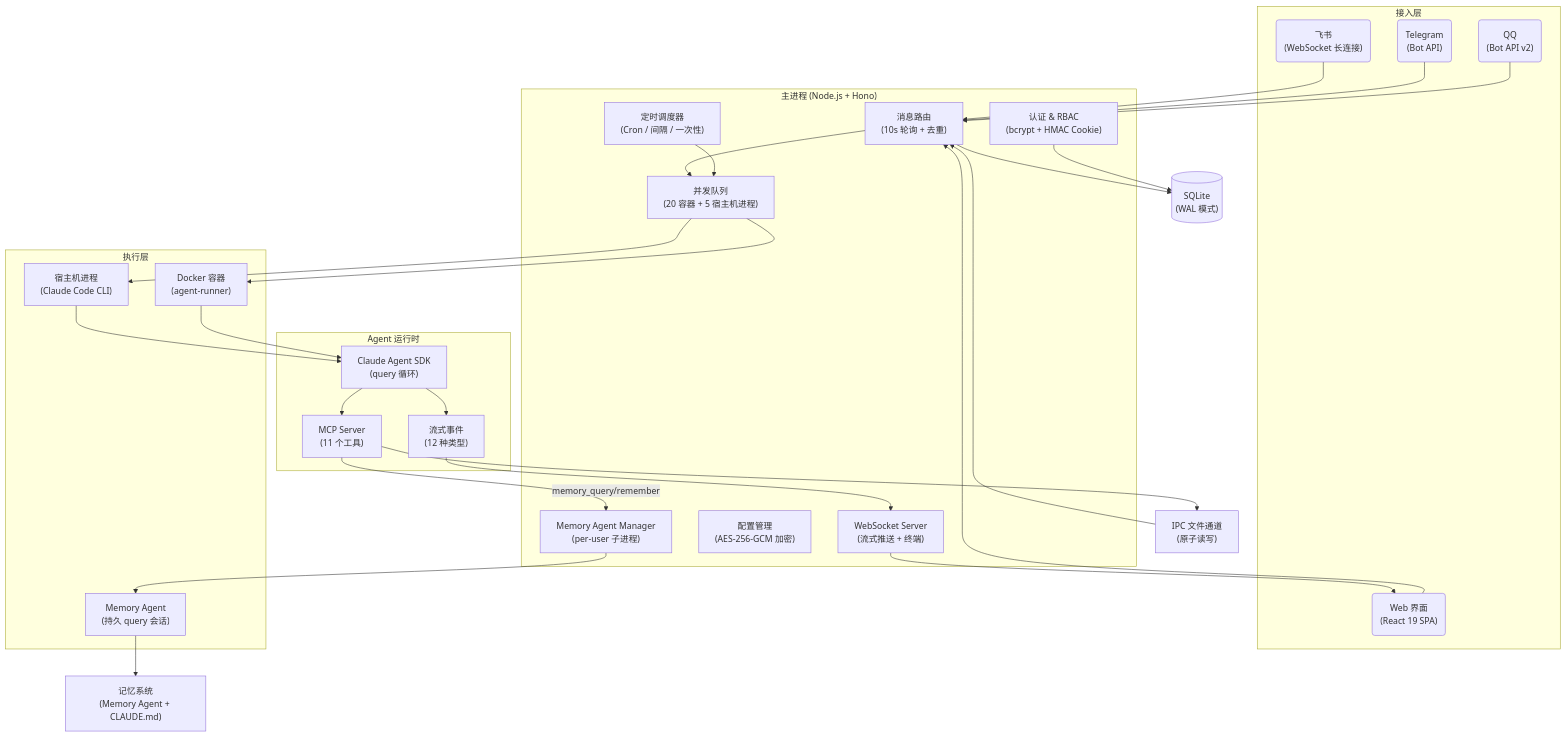
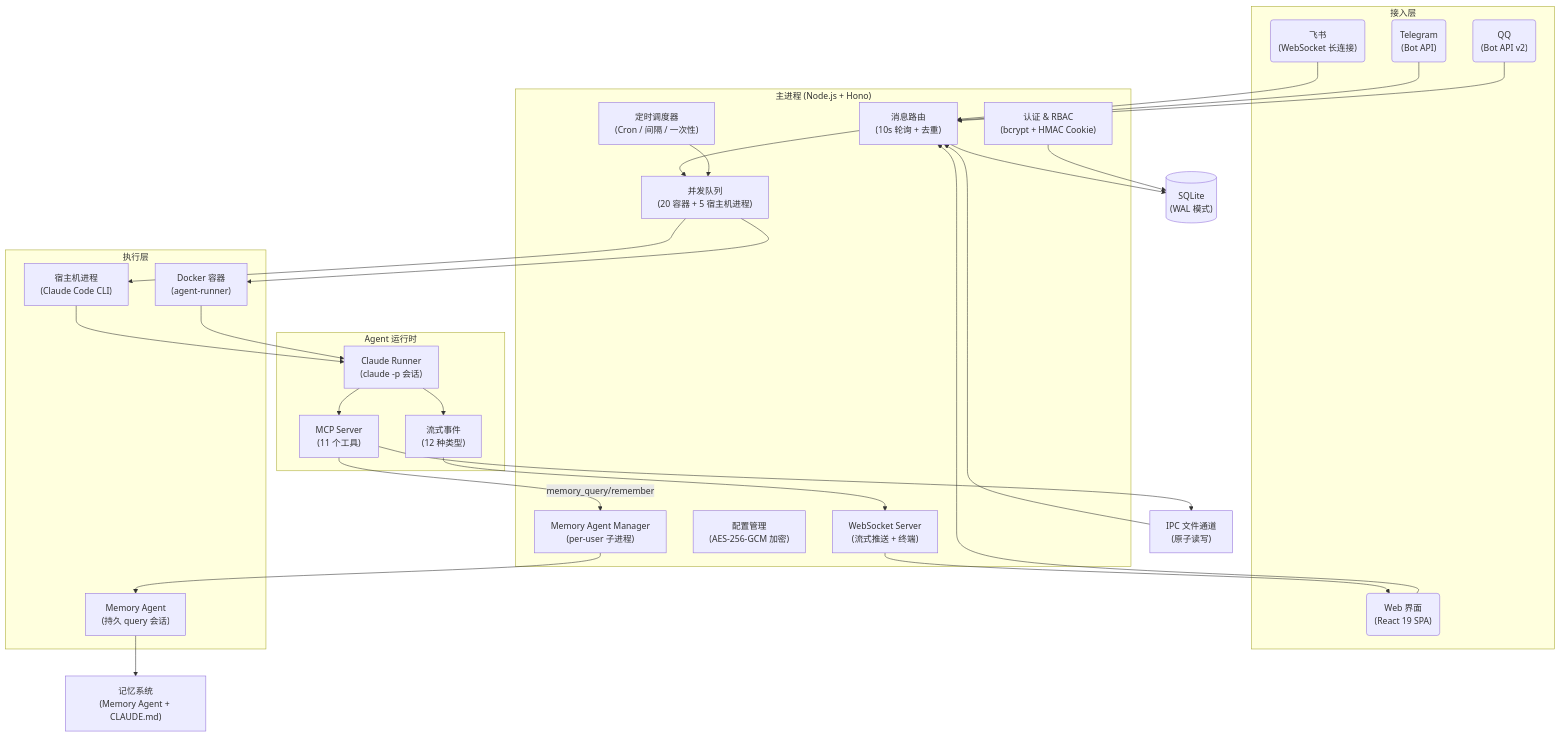
Before and after one commit to ar8327/happyclaw: the diagram in README.md, drawn with Mermaid. The commit also changed other lines of this file and 7 other files, not shown here.

````diff
--- a/README.md
+++ b/README.md
@@ -333,71 +333,71 @@
 ```mermaid
 flowchart TD
     subgraph 接入层
         Feishu("飞书<br/>(WebSocket 长连接)")
         Telegram("Telegram<br/>(Bot API)")
         QQ("QQ<br/>(Bot API v2)")
         Web("Web 界面<br/>(React 19 SPA)")
     end
 
     subgraph 主进程["主进程 (Node.js + Hono)"]
         Router["消息路由<br/>(10s 轮询 + 去重)"]
         Queue["并发队列<br/>(20 容器 + 5 宿主机进程)"]
         Scheduler["定时调度器<br/>(Cron / 间隔 / 一次性)"]
         WS["WebSocket Server<br/>(流式推送 + 终端)"]
         Auth["认证 & RBAC<br/>(bcrypt + HMAC Cookie)"]
         Config["配置管理<br/>(AES-256-GCM 加密)"]
         MemMgr["Memory Agent Manager<br/>(per-user 子进程)"]
     end
 
     subgraph 执行层
         Host["宿主机进程<br/>(Claude Code CLI)"]
         Container["Docker 容器<br/>(agent-runner)"]
         MemAgent["Memory Agent<br/>(持久 query 会话)"]
     end
 
     subgraph Agent["Agent 运行时"]
-        SDK["Claude Agent SDK<br/>(query 循环)"]
+        Runner["Claude Runner<br/>(claude -p 会话)"]
         MCP["MCP Server<br/>(11 个工具)"]
         Stream["流式事件<br/>(12 种类型)"]
     end
 
     DB[("SQLite<br/>(WAL 模式)")]
     IPC["IPC 文件通道<br/>(原子读写)"]
     Memory["记忆系统<br/>(Memory Agent + CLAUDE.md)"]
 
     Feishu --> Router
     Telegram --> Router
     QQ --> Router
     Web --> Router
 
     Router --> Queue
     Queue --> Host
     Queue --> Container
     Scheduler --> Queue
 
-    Host --> SDK
-    Container --> SDK
-    SDK --> MCP
-    SDK --> Stream
+    Host --> Runner
+    Container --> Runner
+    Runner --> MCP
+    Runner --> Stream
 
     MCP --> IPC
     IPC --> Router
 
     Stream --> WS
     WS --> Web
 
     MCP -->|memory_query/remember| MemMgr
     MemMgr --> MemAgent
     MemAgent --> Memory
 
     Router --> DB
     Auth --> DB
 
     class Feishu,Telegram,QQ,Web fe
     class Router,Queue,Scheduler,WS,Auth,Config svc
     class DB db
     class Host,Container,MemAgent faas
-    class SDK,MCP,Stream faas
+    class Runner,MCP,Stream faas
     class IPC cfg
     class Memory cfg
 ```
````
